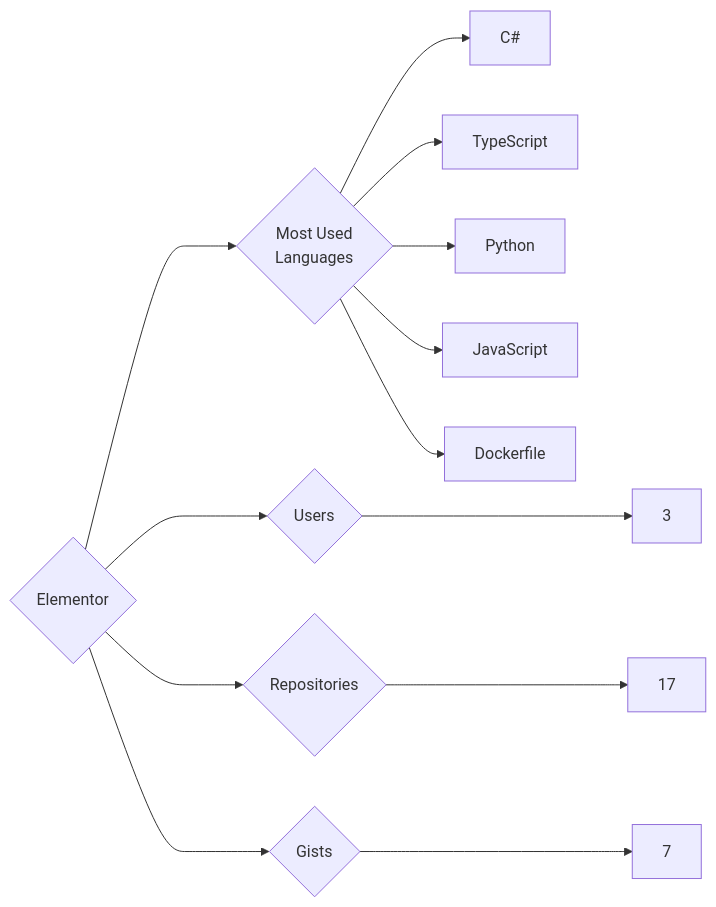
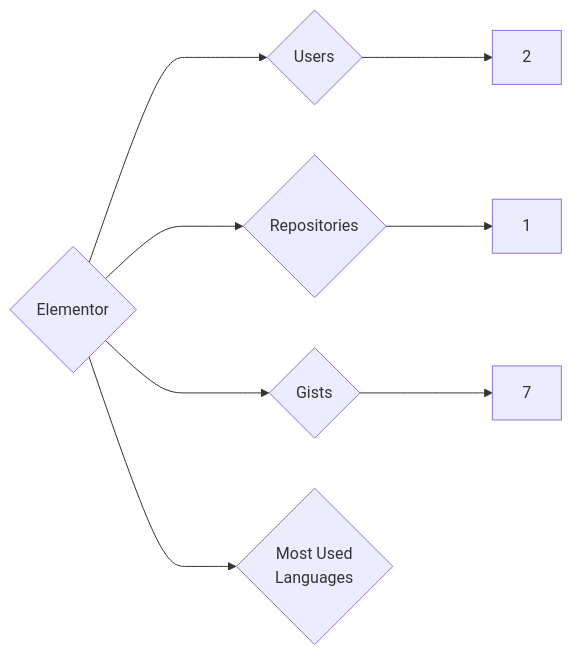
One commit to trickest/insiders changed the diagram in targets/Elementor/README.md. Above: the diagram before and after it, drawn with Mermaid. The commit also changed 933 other files, not shown here.

````diff
--- a/targets/Elementor/README.md
+++ b/targets/Elementor/README.md
@@ -3,13 +3,8 @@
 ```mermaid
 graph LR
 COMPANY_NAME{Elementor}
-COMPANY_NAME ---> U{Users} ---> UN[3]
-COMPANY_NAME ---> R{Repositories} ---> RN[17]
+COMPANY_NAME ---> U{Users} ---> UN[2]
+COMPANY_NAME ---> R{Repositories} ---> RN[1]
 COMPANY_NAME ---> G{Gists} ---> GN[7]
 COMPANY_NAME ---> ML{Most Used<br>Languages}
-ML --> C#[C#]
-ML --> TypeScript[TypeScript]
-ML --> Python[Python]
-ML --> JavaScript[JavaScript]
-ML --> Dockerfile[Dockerfile]
 ```
````
